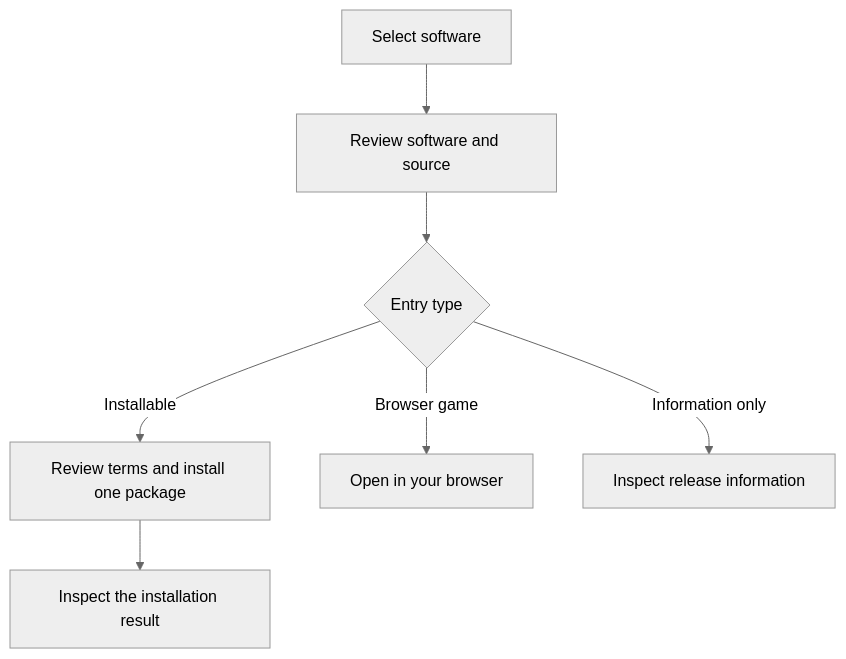
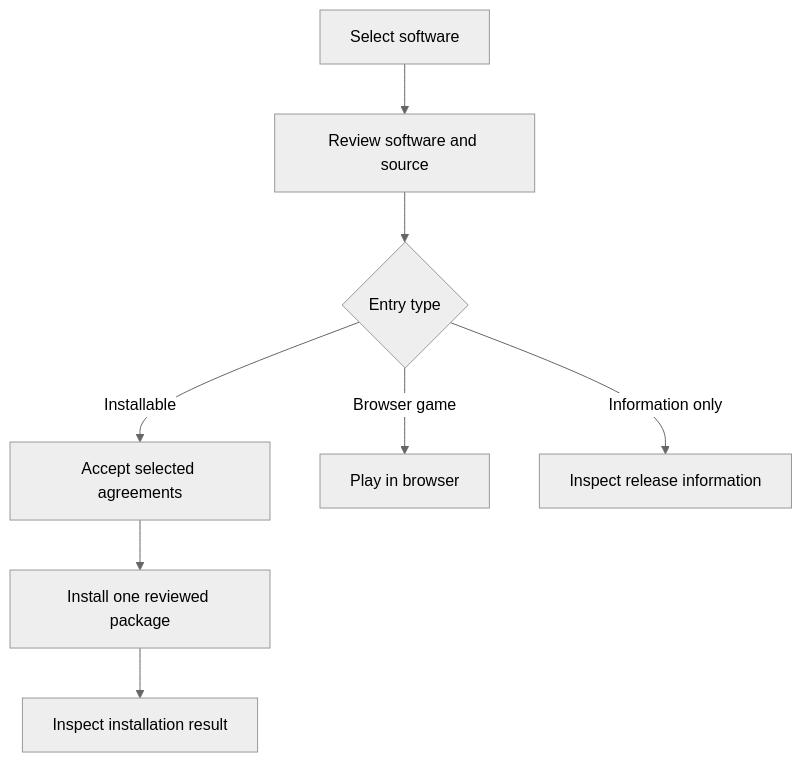
Before and after one commit to Beans-Melon/Forge-Sentinel-Releases: the second of 2 diagrams in README.md, drawn with Mermaid (neutral theme). The commit also changed other lines of this file, not shown here.

````diff
--- a/README.md
+++ b/README.md
@@ -139,9 +98,10 @@
 ```mermaid
 flowchart TD
     A["Select software"] --> B["Review software and source"]
     B --> C{"Entry type"}
-    C -->|Installable| D["Review terms and install one package"]
-    D --> E["Inspect the installation result"]
-    C -->|Browser game| F["Open in your browser"]
-    C -->|Information only| G["Inspect release information"]
+    C -->|Installable| D["Accept selected agreements"]
+    D --> E["Install one reviewed package"]
+    E --> F["Inspect installation result"]
+    C -->|Browser game| G["Play in browser"]
+    C -->|Information only| H["Inspect release information"]
 ```
````
